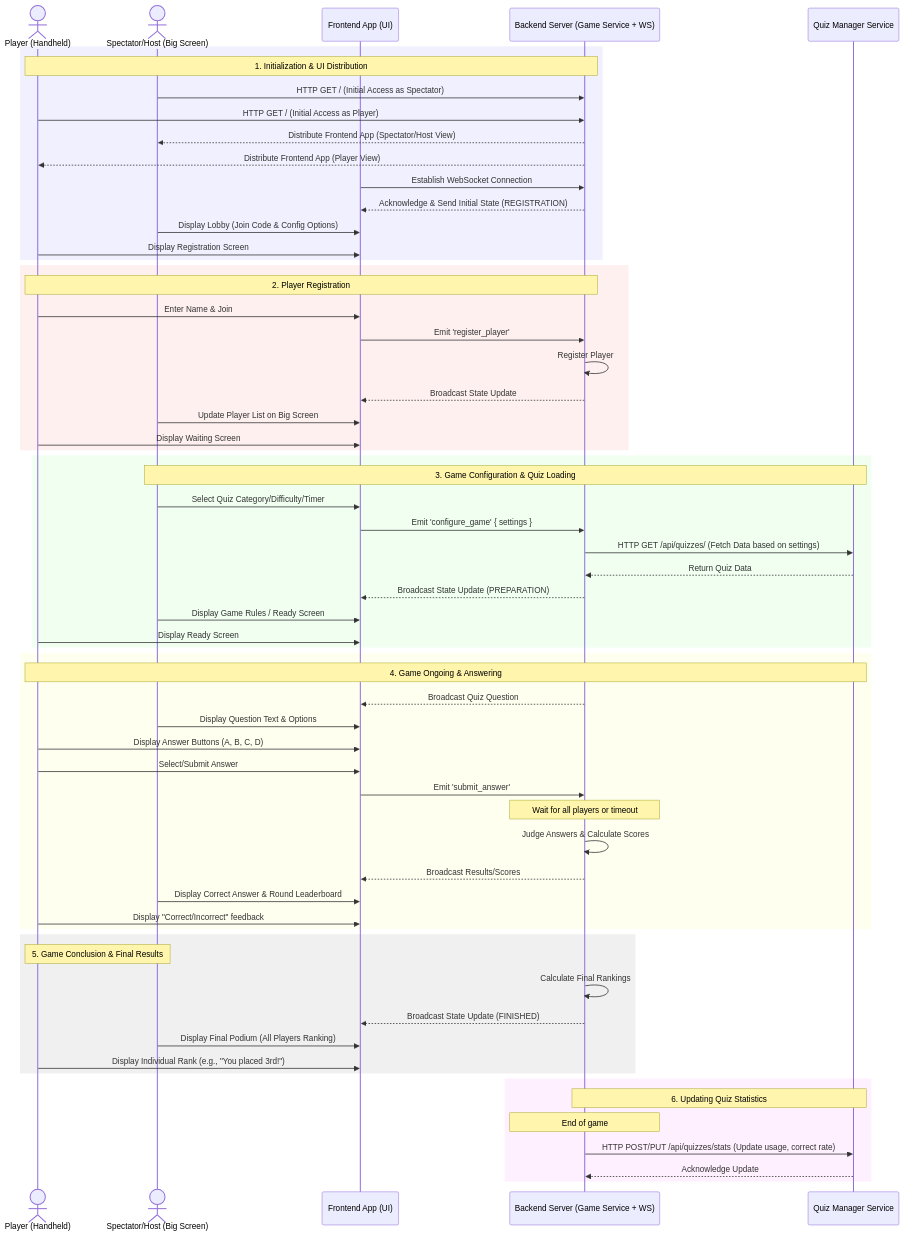
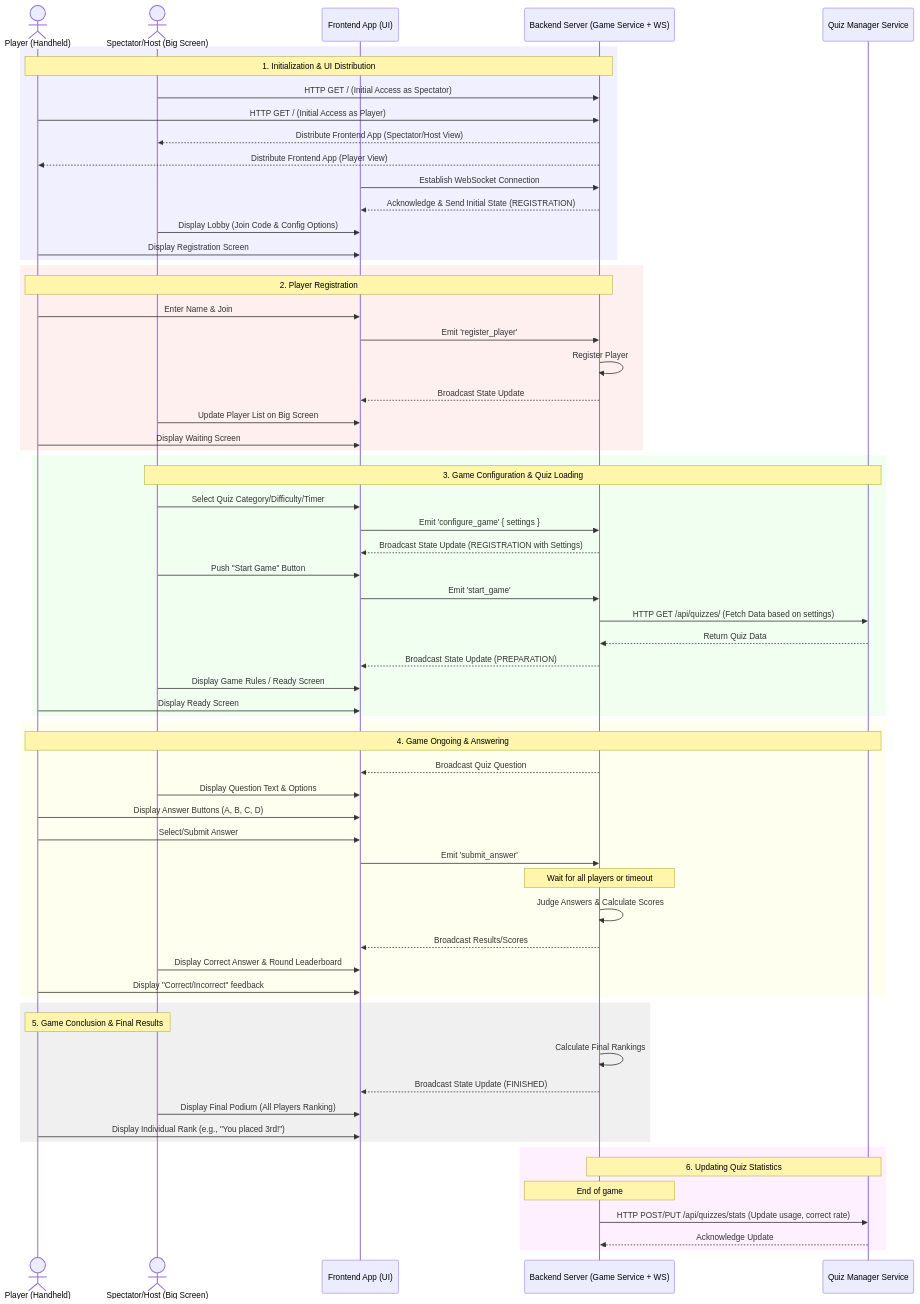
The diagram in docs/backend_sequence.md (sayanote/quiz-master), drawn with Mermaid before and after one commit.

Commit message:
start button

````diff
--- a/docs/backend_sequence.md
+++ b/docs/backend_sequence.md
@@ -7,78 +7,82 @@
 ```mermaid
 sequenceDiagram
     actor P as Player (Handheld)
     actor Master as Spectator/Host (Big Screen)
     participant F as Frontend App (UI)
     participant B as Backend Server (Game Service + WS)
     participant Q as Quiz Manager Service
 
     %% 1. Initial Access & UI Distribution
     rect rgb(240, 240, 255)
         Note over P, B: 1. Initialization & UI Distribution
         Master->>B: HTTP GET / (Initial Access as Spectator)
         P->>B: HTTP GET / (Initial Access as Player)
         B-->>Master: Distribute Frontend App (Spectator/Host View)
         B-->>P: Distribute Frontend App (Player View)
         F->>B: Establish WebSocket Connection
         B-->>F: Acknowledge & Send Initial State (REGISTRATION)
         Master->>F: Display Lobby (Join Code & Config Options)
         P->>F: Display Registration Screen
     end
 
     %% 2. Registration Phase
     rect rgb(255, 240, 240)
         Note over P, B: 2. Player Registration
         P->>F: Enter Name & Join
         F->>B: Emit 'register_player'
         B->>B: Register Player
         B-->>F: Broadcast State Update
         Master->>F: Update Player List on Big Screen
         P->>F: Display Waiting Screen
     end
 
     %% 3. Configuration & Quiz Fetching
     rect rgb(240, 255, 240)
         Note over Master, Q: 3. Game Configuration & Quiz Loading
         Master->>F: Select Quiz Category/Difficulty/Timer
         F->>B: Emit 'configure_game' { settings }
+        B-->>F: Broadcast State Update (REGISTRATION with Settings)
+
+        Master->>F: Push "Start Game" Button
+        F->>B: Emit 'start_game'
         B->>Q: HTTP GET /api/quizzes/ (Fetch Data based on settings)
         Q-->>B: Return Quiz Data
         B-->>F: Broadcast State Update (PREPARATION)
         Master->>F: Display Game Rules / Ready Screen
         P->>F: Display Ready Screen
     end
 
     %% 4. Answering Phase (Repeated for each question)
     rect rgb(255, 255, 240)
         Note over P, Q: 4. Game Ongoing & Answering
         B-->>F: Broadcast Quiz Question
         Master->>F: Display Question Text & Options
         P->>F: Display Answer Buttons (A, B, C, D)
         
         P->>F: Select/Submit Answer
         F->>B: Emit 'submit_answer'
         
         Note over B: Wait for all players or timeout
         B->>B: Judge Answers & Calculate Scores
         B-->>F: Broadcast Results/Scores
         Master->>F: Display Correct Answer & Round Leaderboard
         P->>F: Display "Correct/Incorrect" feedback
     end
 
     %% 5. Final Result Phase
     rect rgb(240, 240, 240)
         Note over P, Master: 5. Game Conclusion & Final Results
         B->>B: Calculate Final Rankings
         B-->>F: Broadcast State Update (FINISHED)
         Master->>F: Display Final Podium (All Players Ranking)
         P->>F: Display Individual Rank (e.g., "You placed 3rd!")
     end
 
     %% 6. Quiz Data Update
     rect rgb(255, 240, 255)
         Note over B, Q: 6. Updating Quiz Statistics
         Note over B: End of game
         B->>Q: HTTP POST/PUT /api/quizzes/stats (Update usage, correct rate)
         Q-->>B: Acknowledge Update
     end
 ```
````
